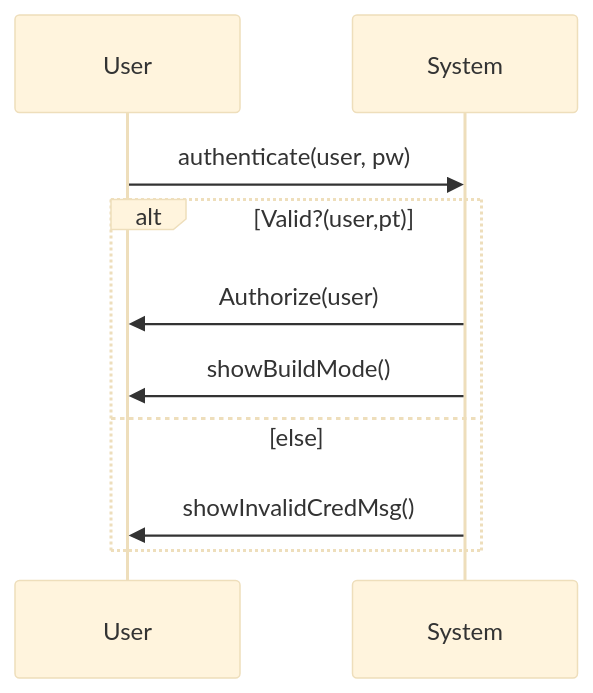
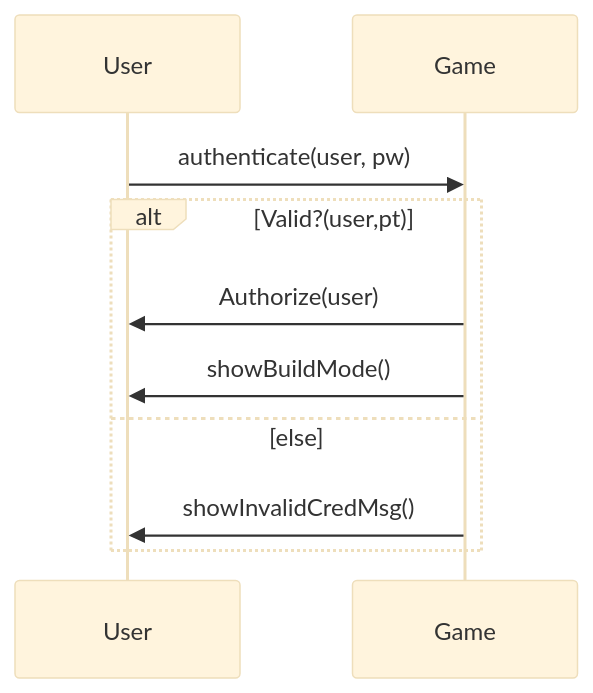
The diagram in system-sequence-diagrams/authenticate.md (Shamdan17/Bricking_Bad), drawn with Mermaid (base theme) before and after one commit. The commit also changed other lines of this file and 14 other files, not shown here.

Commit message:
change all instances of system to game

````diff
--- a/system-sequence-diagrams/authenticate.md
+++ b/system-sequence-diagrams/authenticate.md
@@ -3,13 +3,13 @@
 ```mermaid
 sequenceDiagram
 participant User
-participant System
-User->> System: authenticate(user, pw)
+participant Game
+User->> Game: authenticate(user, pw)
 alt Valid?(user,pt)
-	System->>User: Authorize(user)
-	System->>User: showBuildMode()
+	Game->>User: Authorize(user)
+	Game->>User: showBuildMode()
 else else
-	System->>User: showInvalidCredMsg()
+	Game->>User: showInvalidCredMsg()
 end
 
 ```
````
